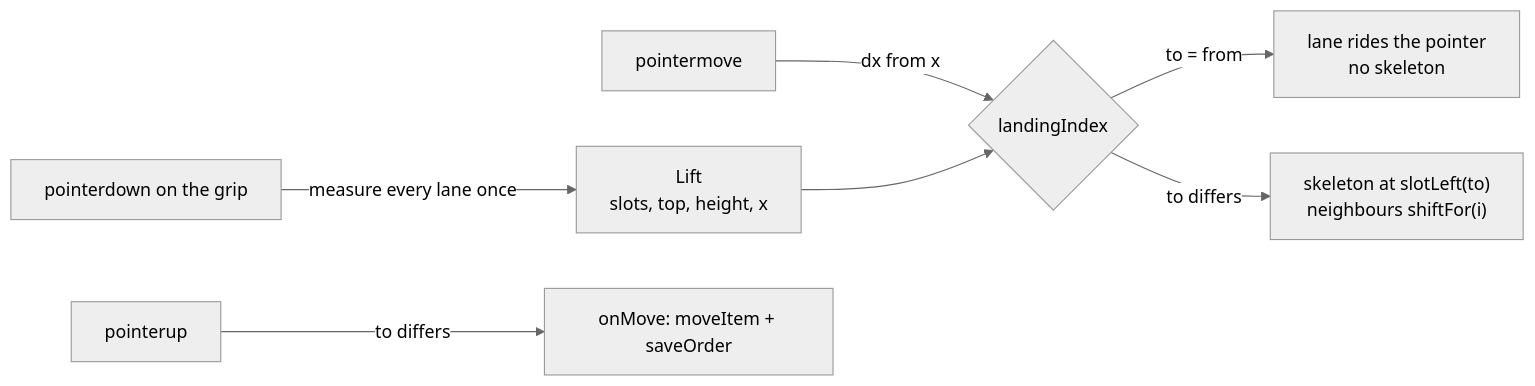
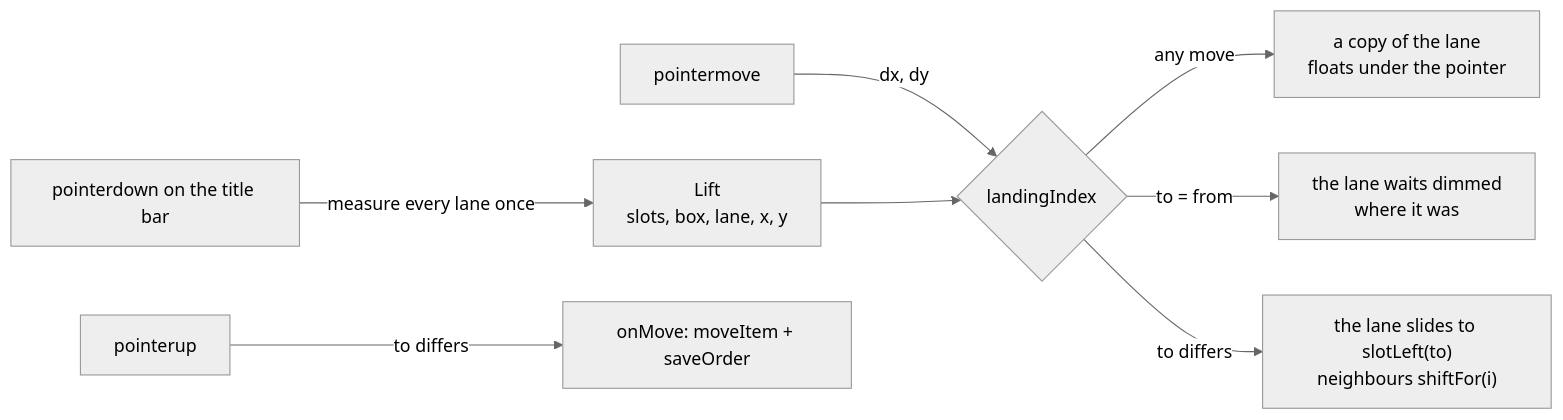
Before and after one commit to mite404/yaklabs: the second of 11 diagrams in docs/FOR_ETHAN.md, drawn with Mermaid (neutral theme). The commit also changed other lines of this file and 4 other files, not shown here.

````diff
--- a/docs/FOR_ETHAN.md
+++ b/docs/FOR_ETHAN.md
@@ -538,9 +539,10 @@
 ```mermaid
 flowchart LR
-  D[pointerdown on the grip] -->|measure every lane once| L["Lift<br/>slots, top, height, x"]
-  M[pointermove] -->|dx from x| C{landingIndex}
+  D[pointerdown on the title bar] -->|measure every lane once| L["Lift<br/>slots, box, lane, x, y"]
+  M[pointermove] -->|dx, dy| C{landingIndex}
   L --> C
-  C -->|to = from| K[lane rides the pointer<br/>no skeleton]
-  C -->|to differs| S["skeleton at slotLeft(to)<br/>neighbours shiftFor(i)"]
+  C -->|any move| G[a copy of the lane<br/>floats under the pointer]
+  C -->|to = from| K[the lane waits dimmed<br/>where it was]
+  C -->|to differs| S["the lane slides to slotLeft(to)<br/>neighbours shiftFor(i)"]
   U[pointerup] -->|to differs| R[onMove: moveItem + saveOrder]
 ```
````
